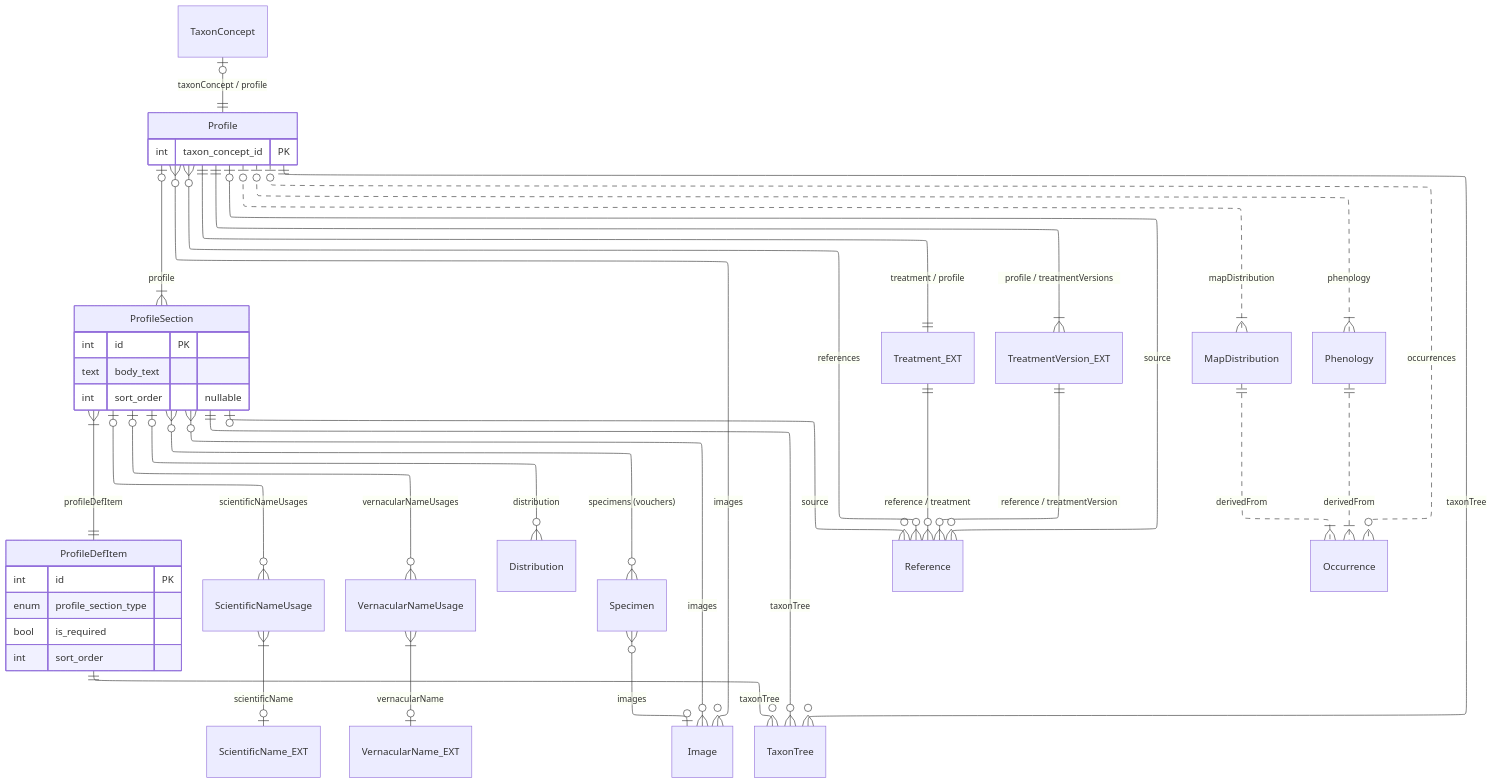
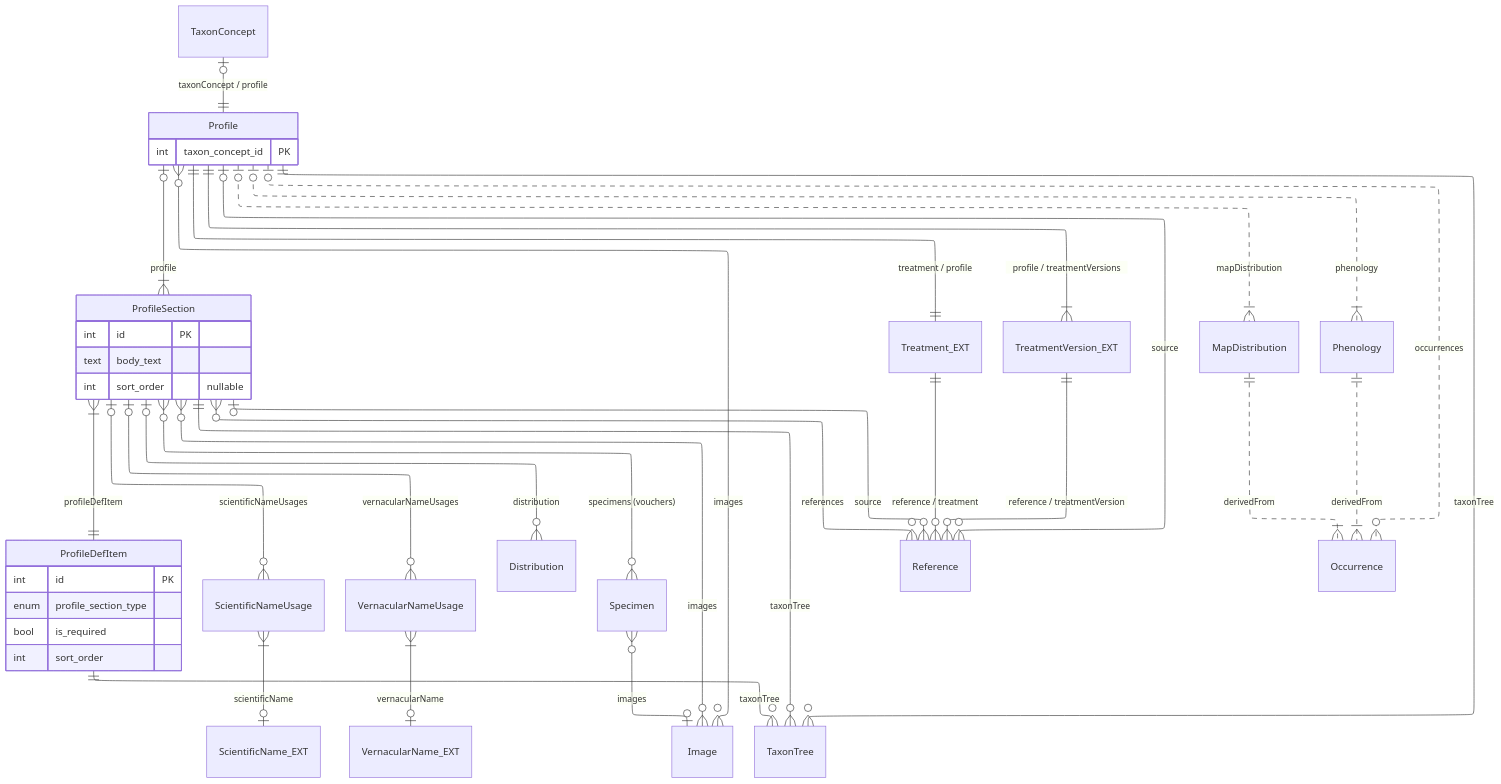
The diagram in source/_mermaid/layer-5a-profile.mmd (vicflora/vicflora-docs), drawn with Mermaid before and after one commit.

Commit message:
Commit uncommitted  changes before deployment

```diff
--- a/source/_mermaid/layer-5a-profile.mmd
+++ b/source/_mermaid/layer-5a-profile.mmd
@@ -1,68 +1,68 @@
 ---
 config:
     layout: elk
 ---
 erDiagram
   TaxonConcept |o--|| Profile : "taxonConcept / profile"
 
   %% Sections
   Profile |o--|{ ProfileSection : "profile"
   ProfileSection }|--|| ProfileDefItem : "profileDefItem"
 
   %% Nomenclature
   ProfileSection |o--o{ ScientificNameUsage : "scientificNameUsages"
   ScientificNameUsage }|--o| ScientificName_EXT : "scientificName"
 
   %% Vernacular names
   ProfileSection |o--o{ VernacularNameUsage : "vernacularNameUsages"
   VernacularNameUsage }|--o| VernacularName_EXT : "vernacularName"
 
 
   %% Distribution
   ProfileSection |o--o{ Distribution : "distribution"
 
   %% Vouchers
   ProfileSection }o--o{ Specimen : "specimens (vouchers)"
   Specimen }o--o| Image : "images"
 
   %% Media
   Profile }o--o{ Image : "images"
   ProfileSection }o--o{ Image : "images"
 
   %% References
   ProfileSection |o--o{ Reference : "source"
   Profile ||--|| Treatment_EXT : "treatment / profile"
   Treatment_EXT ||--o{ Reference : "reference / treatment" 
   Profile ||--|{ TreatmentVersion_EXT : "profile / treatmentVersions"
   TreatmentVersion_EXT ||--o{ Reference : "reference / treatmentVersion"
   Profile |o--o{ Reference : "source"
-  Profile }o--o{ Reference : "references"
+  ProfileSection }o--o{ Reference : "references"
 
   %% Namespace
   Profile ||--o{ TaxonTree : "taxonTree"
   ProfileSection ||--o{ TaxonTree : "taxonTree"
   ProfileDefItem ||--o{ TaxonTree : "taxonTree"
 
   %% Maps
   Profile |o..o{ Occurrence : "occurrences"
   Profile |o..|{ MapDistribution : "mapDistribution"
   Profile |o..|{ Phenology : "phenology"
   MapDistribution ||..|{ Occurrence : "derivedFrom"
   Phenology ||..|{ Occurrence : "derivedFrom"
 
   Profile {
     int taxon_concept_id PK
   }
 
   ProfileDefItem {
     int id PK
     enum profile_section_type
     bool is_required
     int sort_order
   }
 
   ProfileSection {
     int id PK
     text body_text
     int sort_order "nullable"
   }
```
